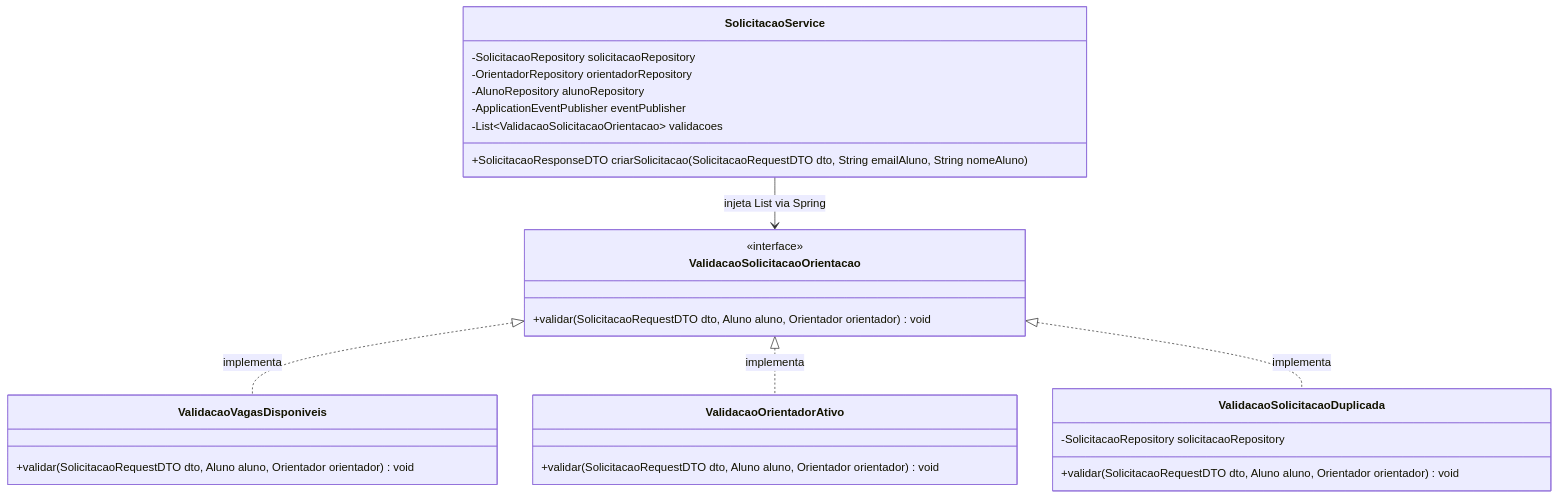
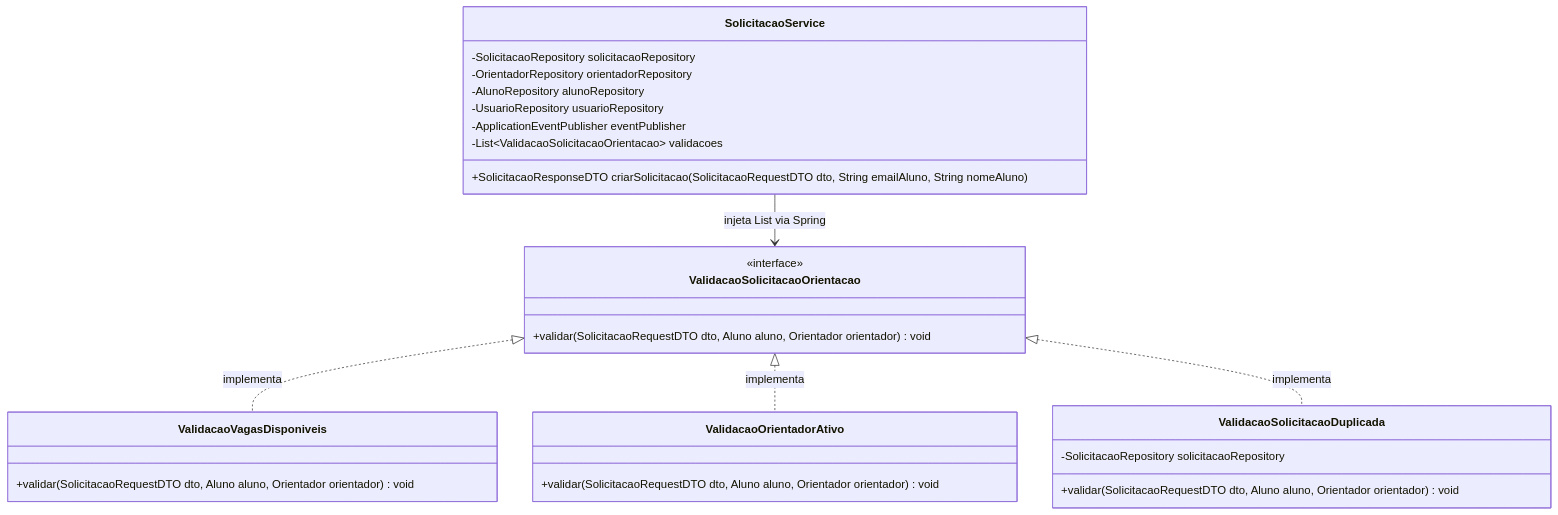
Before and after one commit to IFSC-ES2/es2-2026_2-equipe-3: the first of 3 diagrams in docs/PADROES-DE-PROJETO.md, drawn with Mermaid. The commit also changed other lines of this file and 2 other files, not shown here.

Commit message:
docs: sincroniza evento de cancelamento e UsuarioRepository nos padroes e ADRs

````diff
--- a/docs/PADROES-DE-PROJETO.md
+++ b/docs/PADROES-DE-PROJETO.md
@@ -40,36 +40,37 @@
 ```mermaid
 classDiagram
     direction TB
 
     class SolicitacaoService {
         -SolicitacaoRepository solicitacaoRepository
         -OrientadorRepository orientadorRepository
         -AlunoRepository alunoRepository
+        -UsuarioRepository usuarioRepository
         -ApplicationEventPublisher eventPublisher
         -List~ValidacaoSolicitacaoOrientacao~ validacoes
         +SolicitacaoResponseDTO criarSolicitacao(SolicitacaoRequestDTO dto, String emailAluno, String nomeAluno)
     }
 
     class ValidacaoSolicitacaoOrientacao {
         <<interface>>
         +validar(SolicitacaoRequestDTO dto, Aluno aluno, Orientador orientador) void
     }
 
     class ValidacaoVagasDisponiveis {
         +validar(SolicitacaoRequestDTO dto, Aluno aluno, Orientador orientador) void
     }
 
     class ValidacaoOrientadorAtivo {
         +validar(SolicitacaoRequestDTO dto, Aluno aluno, Orientador orientador) void
     }
 
     class ValidacaoSolicitacaoDuplicada {
         -SolicitacaoRepository solicitacaoRepository
         +validar(SolicitacaoRequestDTO dto, Aluno aluno, Orientador orientador) void
     }
 
     SolicitacaoService --> ValidacaoSolicitacaoOrientacao : injeta List via Spring
     ValidacaoSolicitacaoOrientacao <|.. ValidacaoVagasDisponiveis : implementa
     ValidacaoSolicitacaoOrientacao <|.. ValidacaoOrientadorAtivo : implementa
     ValidacaoSolicitacaoOrientacao <|.. ValidacaoSolicitacaoDuplicada : implementa
 ```
````
